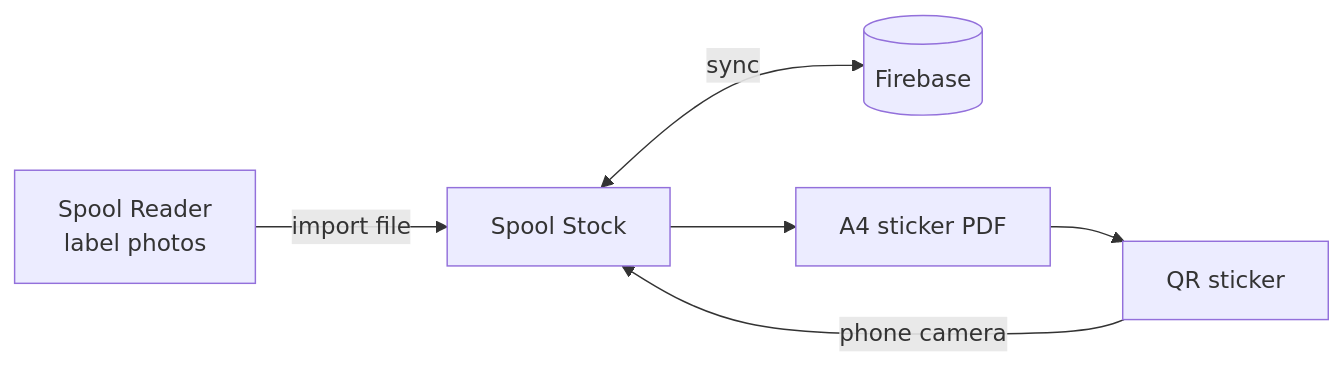
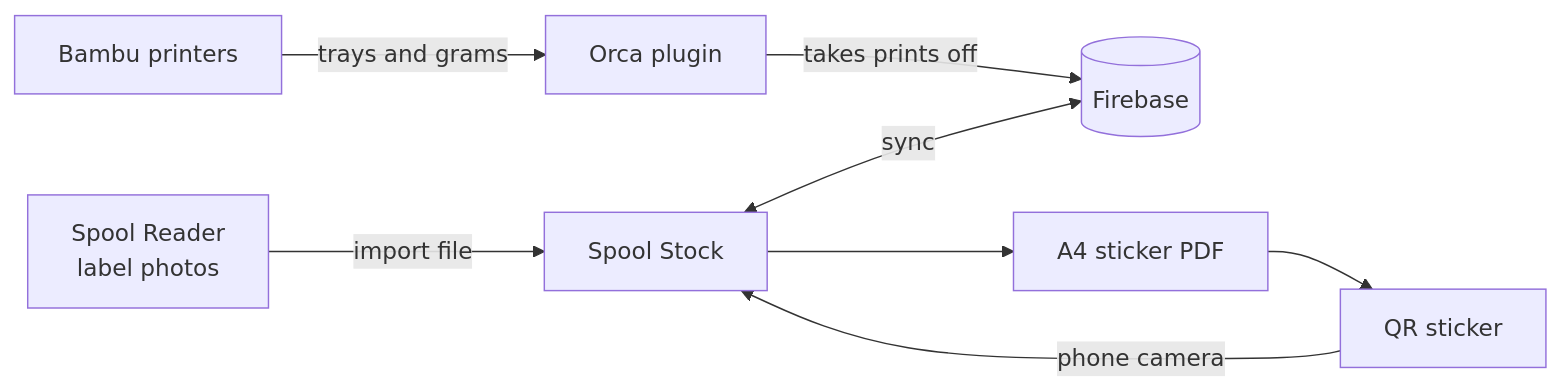
Before and after one commit to jwilss/spool-stock: the diagram in README.md, drawn with Mermaid. The commit also changed other lines of this file and 10 other files, not shown here.

First line of the commit message:
Orca plugin: take each print off the spools in the trays it used

````diff
--- a/README.md
+++ b/README.md
@@ -115,8 +126,10 @@
 ```mermaid
 flowchart LR
     A[Spool Reader<br>label photos] -->|import file| B[Spool Stock]
     C[QR sticker] -->|phone camera| B
     B <-->|sync| D[(Firebase)]
     B --> E[A4 sticker PDF]
+    F[Bambu printers] -->|trays and grams| G[Orca plugin]
+    G -->|takes prints off| D
     E --> C
 ```
````
